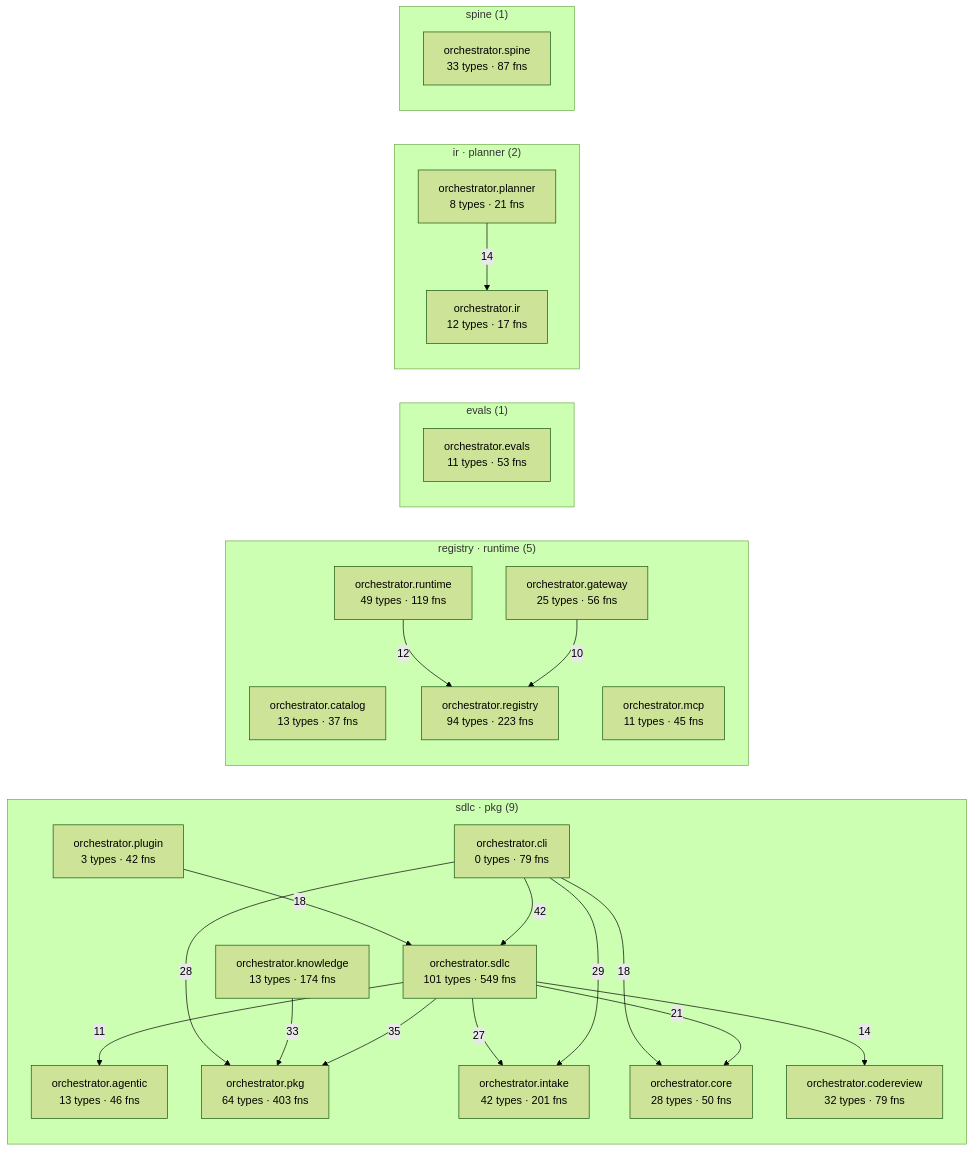
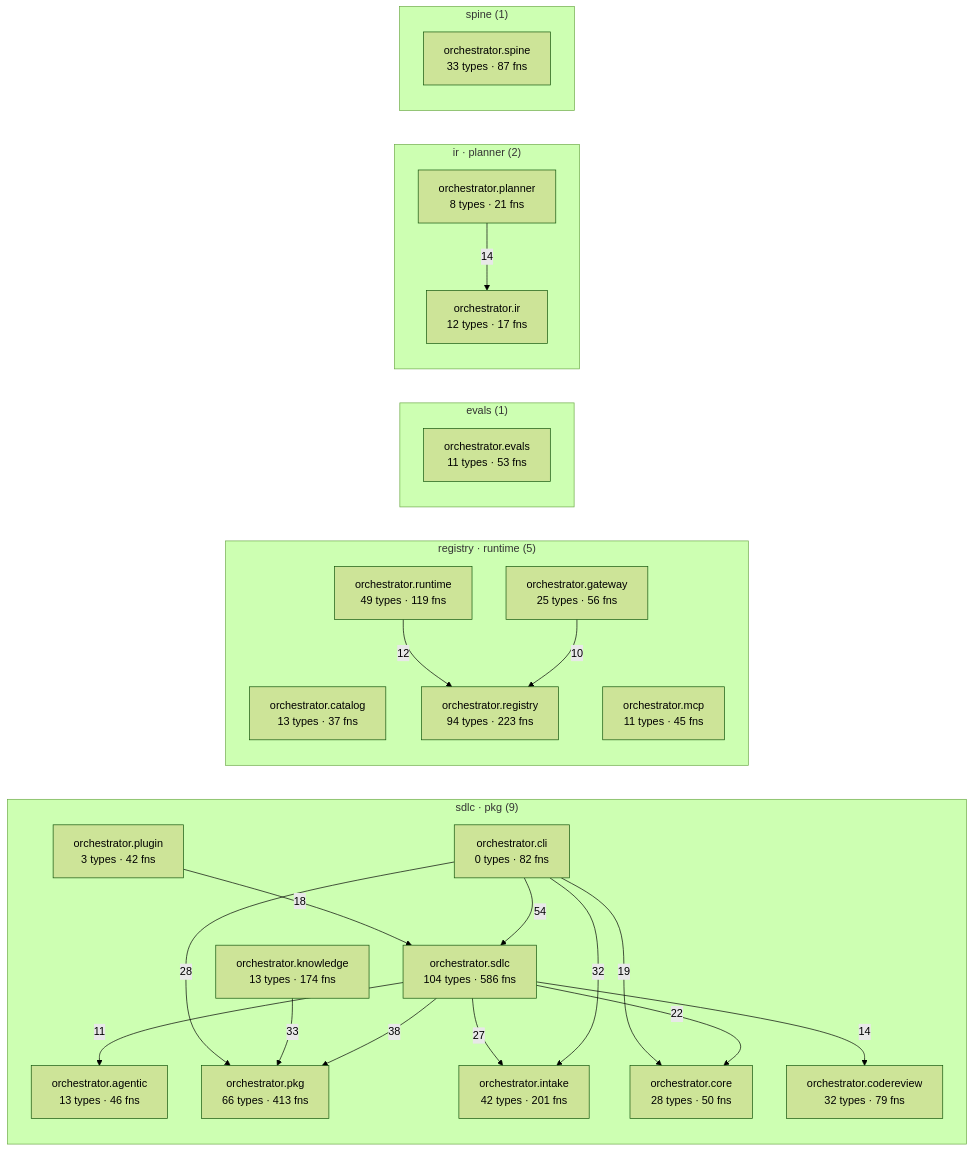
Before and after one commit to synaptixs/spine: the diagram in episteme/architecture.md, drawn with Mermaid (forest theme). The commit also changed other lines of this file and 38 other files, not shown here.

````diff
--- a/episteme/architecture.md
+++ b/episteme/architecture.md
@@ -54,45 +54,45 @@
 ```mermaid
 flowchart LR
   subgraph c_1["sdlc · pkg (9)"]
     aorchestratoragentic["orchestrator.agentic<br/>13 types · 46 fns"]
-    aorchestratorcli["orchestrator.cli<br/>0 types · 79 fns"]
+    aorchestratorcli["orchestrator.cli<br/>0 types · 82 fns"]
     aorchestratorcodereview["orchestrator.codereview<br/>32 types · 79 fns"]
     aorchestratorcore["orchestrator.core<br/>28 types · 50 fns"]
     aorchestratorintake["orchestrator.intake<br/>42 types · 201 fns"]
     aorchestratorknowledge["orchestrator.knowledge<br/>13 types · 174 fns"]
-    aorchestratorpkg["orchestrator.pkg<br/>64 types · 403 fns"]
+    aorchestratorpkg["orchestrator.pkg<br/>66 types · 413 fns"]
     aorchestratorplugin["orchestrator.plugin<br/>3 types · 42 fns"]
-    aorchestratorsdlc["orchestrator.sdlc<br/>101 types · 549 fns"]
+    aorchestratorsdlc["orchestrator.sdlc<br/>104 types · 586 fns"]
   end
   subgraph c_3["registry · runtime (5)"]
     aorchestratorcatalog["orchestrator.catalog<br/>13 types · 37 fns"]
     aorchestratorgateway["orchestrator.gateway<br/>25 types · 56 fns"]
     aorchestratormcp["orchestrator.mcp<br/>11 types · 45 fns"]
     aorchestratorregistry["orchestrator.registry<br/>94 types · 223 fns"]
     aorchestratorruntime["orchestrator.runtime<br/>49 types · 119 fns"]
   end
   subgraph c_5["evals (1)"]
     aorchestratorevals["orchestrator.evals<br/>11 types · 53 fns"]
   end
   subgraph c_7["ir · planner (2)"]
     aorchestratorir["orchestrator.ir<br/>12 types · 17 fns"]
     aorchestratorplanner["orchestrator.planner<br/>8 types · 21 fns"]
   end
   subgraph c_10["spine (1)"]
     aorchestratorspine["orchestrator.spine<br/>33 types · 87 fns"]
   end
-  aorchestratorcli -->|42| aorchestratorsdlc
-  aorchestratorsdlc -->|35| aorchestratorpkg
+  aorchestratorcli -->|54| aorchestratorsdlc
+  aorchestratorsdlc -->|38| aorchestratorpkg
   aorchestratorknowledge -->|33| aorchestratorpkg
-  aorchestratorcli -->|29| aorchestratorintake
+  aorchestratorcli -->|32| aorchestratorintake
   aorchestratorcli -->|28| aorchestratorpkg
   aorchestratorsdlc -->|27| aorchestratorintake
-  aorchestratorsdlc -->|21| aorchestratorcore
-  aorchestratorcli -->|18| aorchestratorcore
+  aorchestratorsdlc -->|22| aorchestratorcore
+  aorchestratorcli -->|19| aorchestratorcore
   aorchestratorplugin -->|18| aorchestratorsdlc
   aorchestratorplanner -->|14| aorchestratorir
   aorchestratorsdlc -->|14| aorchestratorcodereview
   aorchestratorruntime -->|12| aorchestratorregistry
   aorchestratorsdlc -->|11| aorchestratoragentic
   aorchestratorgateway -->|10| aorchestratorregistry
 ```
````
